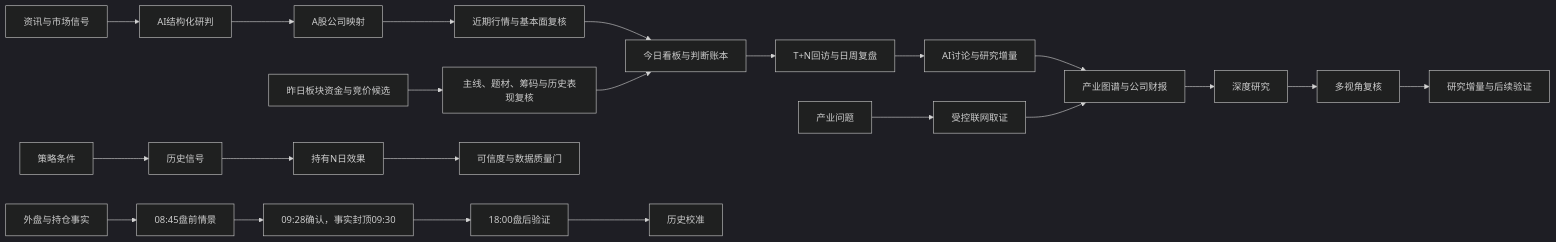
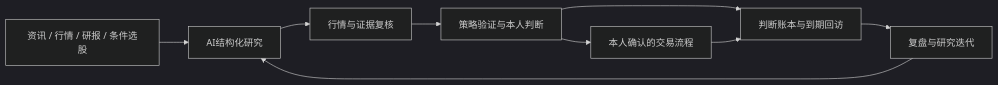
Before and after one commit to hzqedison/RT-ResearchFlow: the diagram in README.md, drawn with Mermaid (dark theme). The commit also changed other lines of this file and 7 other files, not shown here.

````diff
--- a/README.md
+++ b/README.md
@@ -238,28 +100,11 @@
 ```mermaid
 flowchart LR
-    A[资讯与市场信号] --> B[AI结构化研判]
-    B --> C[A股公司映射]
-    C --> D[近期行情与基本面复核]
-    D --> E[今日看板与判断账本]
-    E --> F[T+N回访与日周复盘]
-    F --> V[AI讨论与研究增量]
-    V --> I
-
-    Q[外盘与持仓事实] --> R[08:45盘前情景]
-    R --> S[09:28确认，事实封顶09:30]
-    S --> T[18:00盘后验证]
-    T --> U[历史校准]
-
-    G[产业问题] --> H[受控联网取证]
-    H --> I[产业图谱与公司财报]
-    I --> J[深度研究]
-    J --> K[多视角复核]
-    K --> L[研究增量与后续验证]
-
-    M[策略条件] --> N[历史信号]
-    N --> O[持有N日效果]
-    O --> P[可信度与数据质量门]
-
-    W[昨日板块资金与竞价候选] --> X[主线、题材、筹码与历史表现复核]
-    X --> E
+    A[资讯 / 行情 / 研报 / 条件选股] --> B[AI结构化研究]
+    B --> C[行情与证据复核]
+    C --> D[策略验证与本人判断]
+    D --> E[本人确认的交易流程]
+    D --> F[判断账本与到期回访]
+    E --> F
+    F --> G[复盘与研究迭代]
+    G --> B
 ```
````
